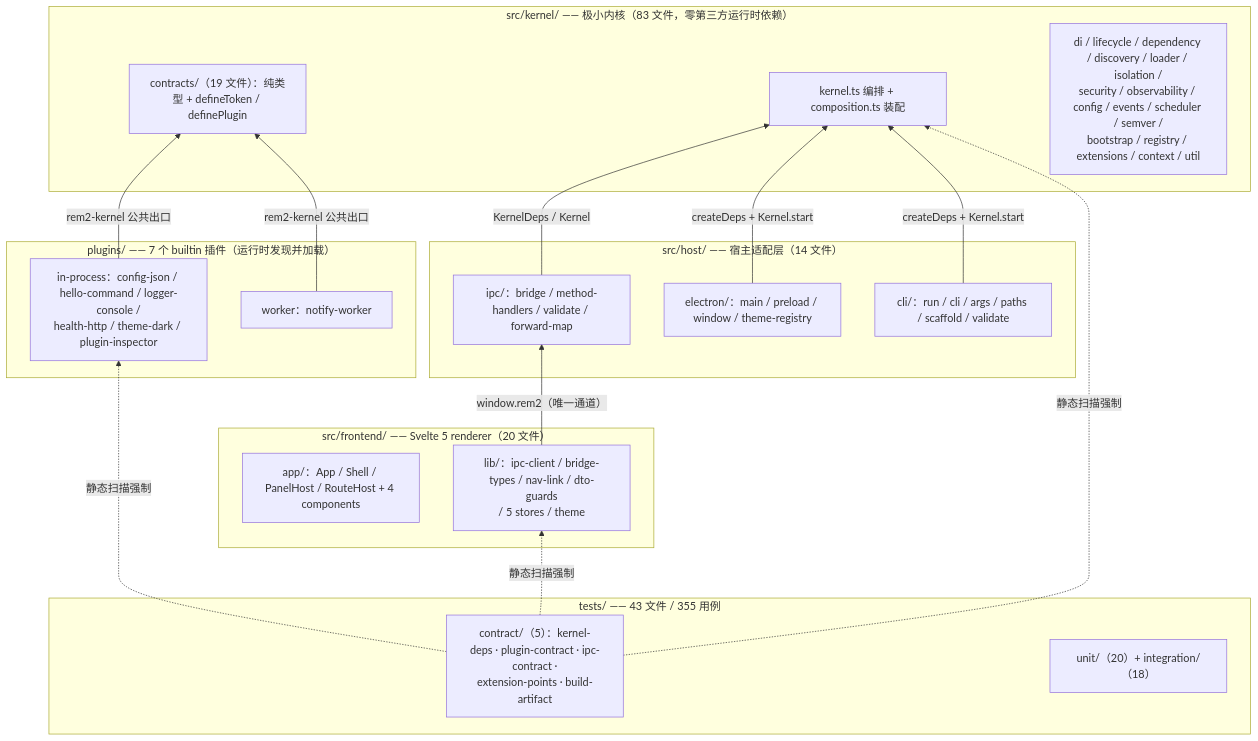
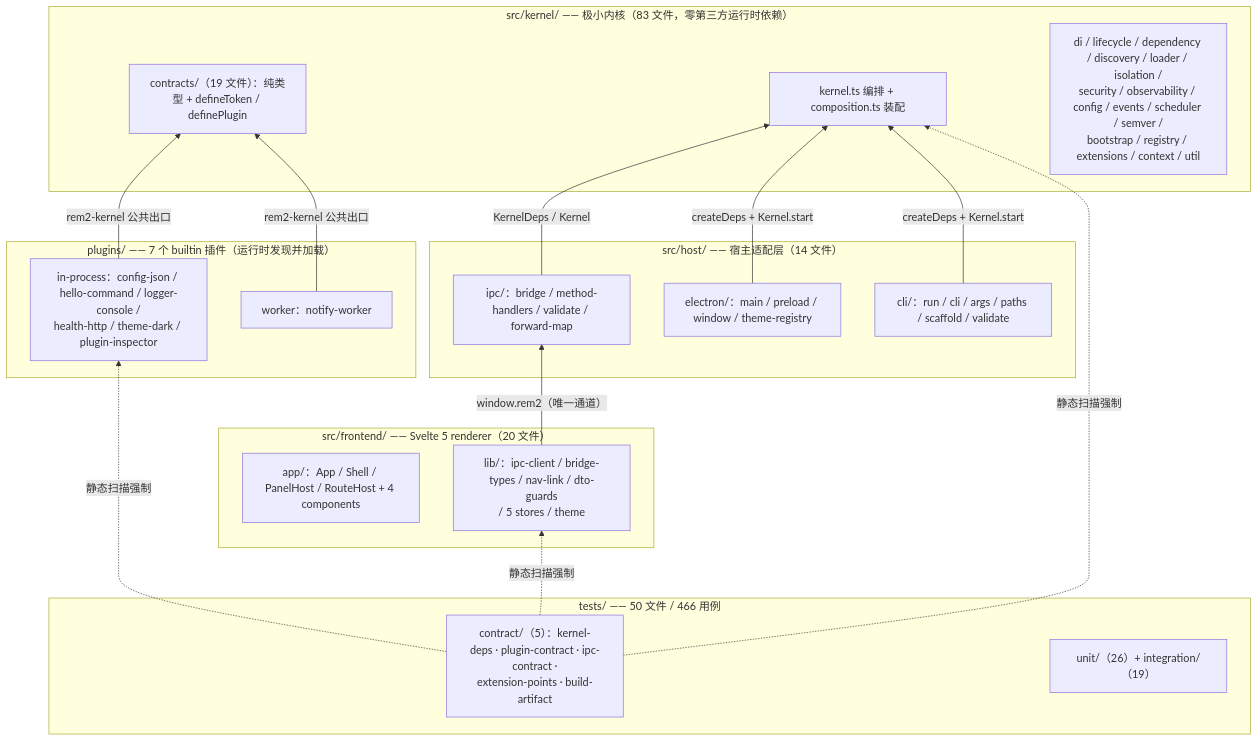
Before and after one commit to kino14910/REM2: the first of 5 diagrams in docs/01-architecture-overview.md, drawn with Mermaid. The commit also changed other lines of this file and 13 other files, not shown here.

````diff
--- a/docs/01-architecture-overview.md
+++ b/docs/01-architecture-overview.md
@@ -19,39 +19,39 @@
 ```mermaid
 graph BT
     subgraph L1["plugins/ —— 7 个 builtin 插件（运行时发现并加载）"]
         PA["in-process：config-json / hello-command / logger-console /<br/>health-http / theme-dark / plugin-inspector"]
         PB["worker：notify-worker"]
     end
 
     subgraph L2["src/frontend/ —— Svelte 5 renderer（20 文件）"]
         FA["app/：App / Shell / PanelHost / RouteHost + 4 components"]
         FB["lib/：ipc-client / bridge-types / nav-link / dto-guards<br/>/ 5 stores / theme"]
     end
 
     subgraph L3["src/host/ —— 宿主适配层（14 文件）"]
         HA["electron/：main / preload / window / theme-registry"]
         HB["ipc/：bridge / method-handlers / validate / forward-map"]
         HC["cli/：run / cli / args / paths / scaffold / validate"]
     end
 
     subgraph L4["src/kernel/ —— 极小内核（83 文件，零第三方运行时依赖）"]
         KA["contracts/（19 文件）：纯类型 + defineToken / definePlugin"]
         KB["kernel.ts 编排 + composition.ts 装配"]
         KC["di / lifecycle / dependency / discovery / loader / isolation /<br/>security / observability / config / events / scheduler / semver /<br/>bootstrap / registry / extensions / context / util"]
     end
 
-    subgraph L5["tests/ —— 43 文件 / 355 用例"]
+    subgraph L5["tests/ —— 50 文件 / 466 用例"]
         TA["contract/（5）：kernel-deps · plugin-contract · ipc-contract ·<br/>extension-points · build-artifact"]
-        TB["unit/（20）+ integration/（18）"]
+        TB["unit/（26）+ integration/（19）"]
     end
 
     FB -->|"window.rem2（唯一通道）"| HB
     HB -->|"KernelDeps / Kernel"| KB
     HA -->|"createDeps + Kernel.start"| KB
     HC -->|"createDeps + Kernel.start"| KB
     PA -->|"rem2-kernel 公共出口"| KA
     PB -->|"rem2-kernel 公共出口"| KA
     TA -.->|"静态扫描强制"| KB
     TA -.->|"静态扫描强制"| FB
     TA -.->|"静态扫描强制"| PA
 ```
````
